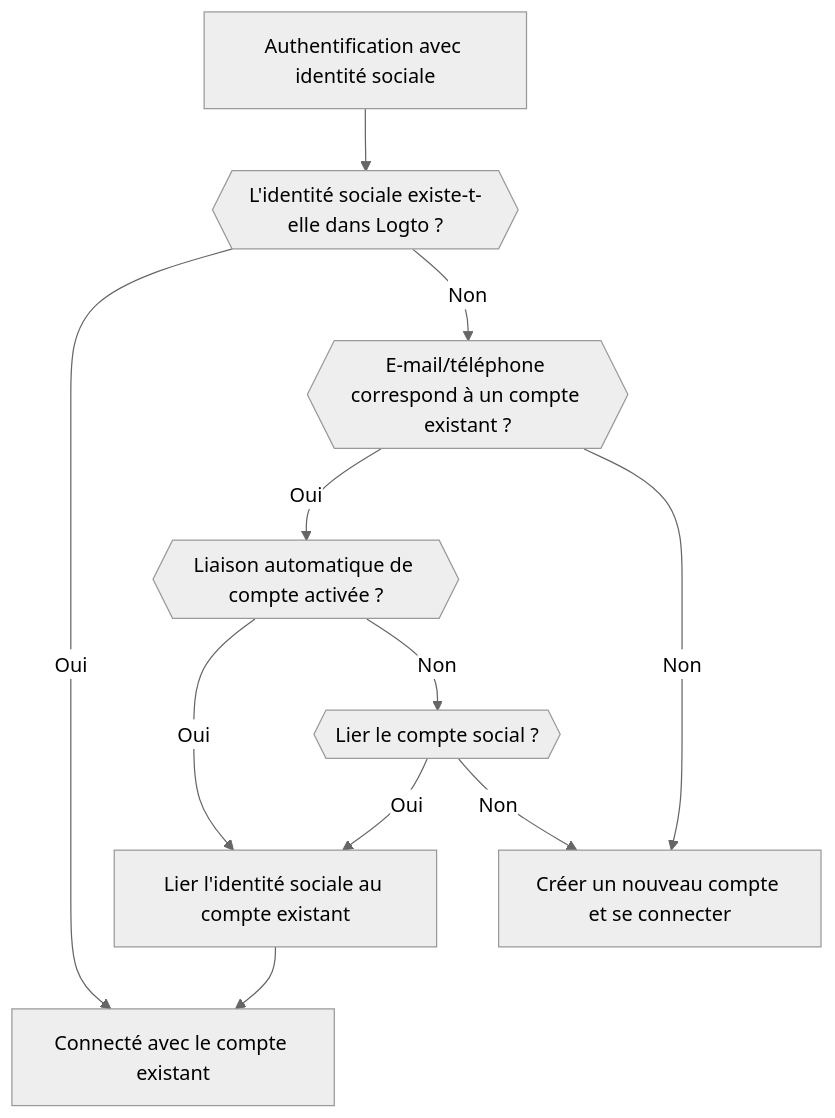
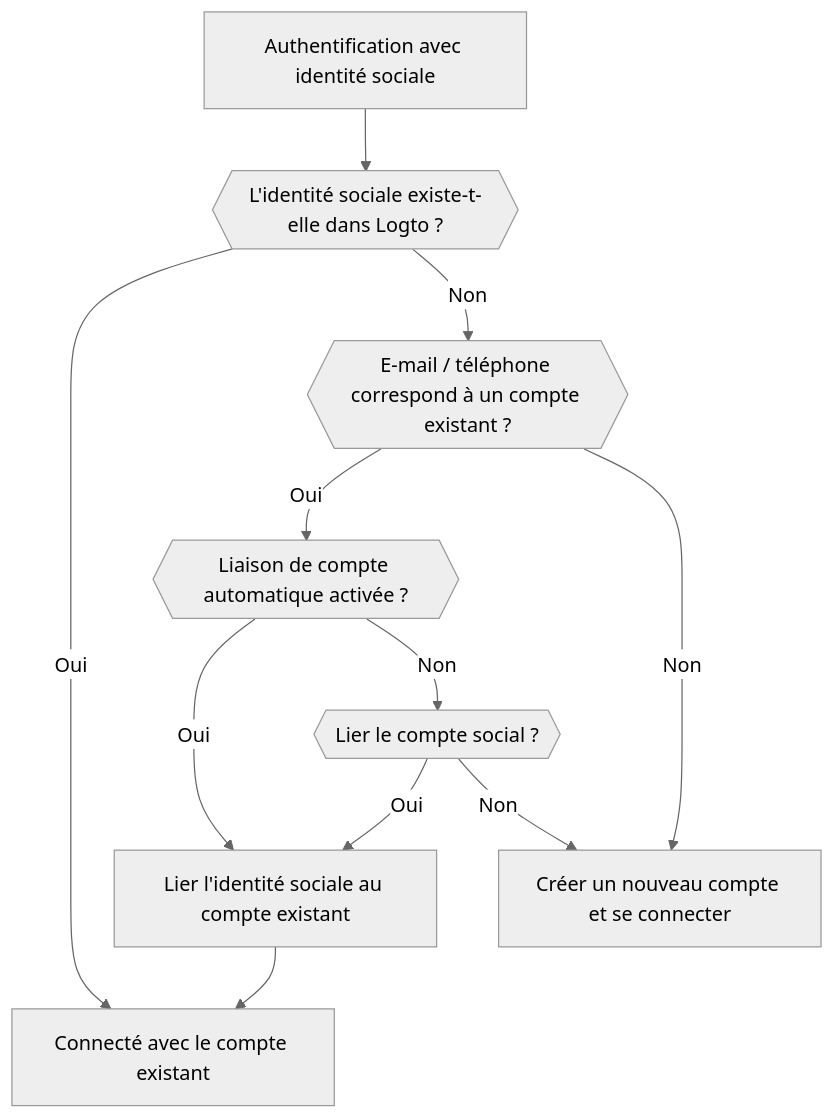
One commit to logto-io/docs changed the third of 5 diagrams in i18n/fr/docusaurus-plugin-content-docs/current/end-user-flows/sign-up-and-sign-in/social-sign-in.mdx. Above: the diagram before and after it, drawn with Mermaid (neutral theme). The commit also changed other lines of this file and 234 other files, not shown here.

````diff
--- a/i18n/fr/docusaurus-plugin-content-docs/current/end-user-flows/sign-up-and-sign-in/social-sign-in.mdx
+++ b/i18n/fr/docusaurus-plugin-content-docs/current/end-user-flows/sign-up-and-sign-in/social-sign-in.mdx
@@ -102,13 +102,13 @@
     ```mermaid
     flowchart TD
     A[Authentification avec identité sociale] --> B{{L'identité sociale existe-t-elle dans Logto ?}}
     B -- Oui --> C[Connecté avec le compte existant]
-    B -- Non --> D{{E-mail/téléphone correspond à un compte existant ?}}
-    D -- Oui --> E{{Liaison automatique de compte activée ?}}
+    B -- Non --> D{{E-mail / téléphone correspond à un compte existant ?}}
+    D -- Oui --> E{{Liaison de compte automatique activée ?}}
     E -- Oui --> G[Lier l'identité sociale au compte existant]
     G --> C
     D -- Non --> H[Créer un nouveau compte et se connecter]
     E -- Non --> I{{Lier le compte social ?}}
     I -- Oui --> G
     I -- Non --> H
     ```
````
